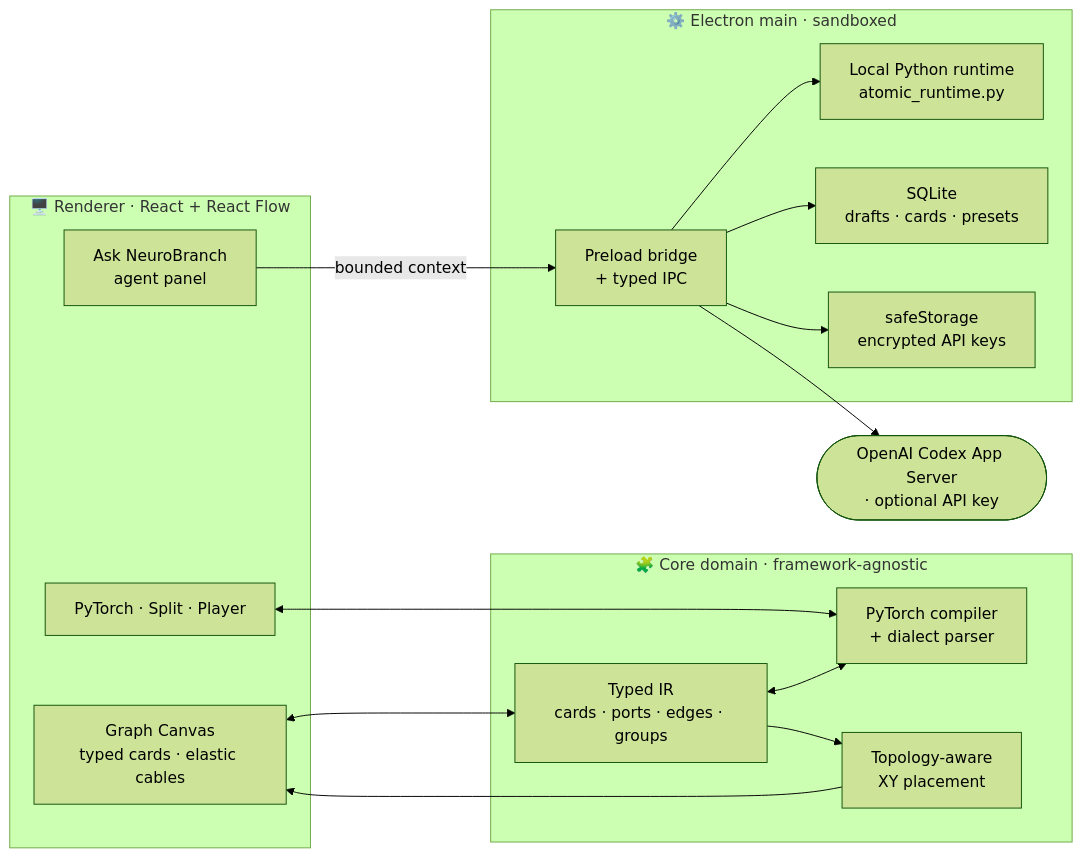
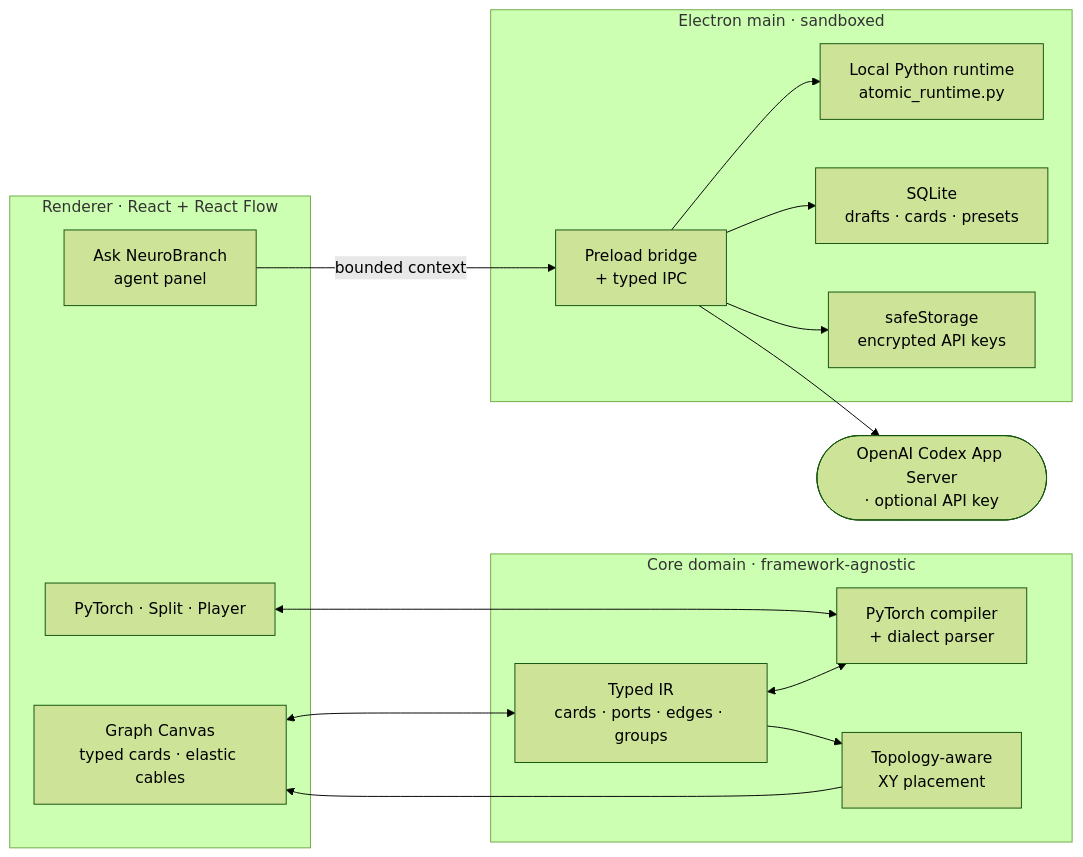
The first of 3 diagrams in README.md (sanjayrohith/NeuroBranch), drawn with Mermaid (forest theme) before and after one commit. The commit also changed other lines of this file and 1 other file, not shown here.

````diff
--- a/README.md
+++ b/README.md
@@ -60,33 +62,33 @@
 ```mermaid
 flowchart LR
-  subgraph UI["🖥️  Renderer · React + React Flow"]
+  subgraph UI["Renderer · React + React Flow"]
     Canvas["Graph Canvas<br/>typed cards · elastic cables"]
     Agent["Ask NeuroBranch<br/>agent panel"]
     Views["PyTorch · Split · Player"]
   end
 
-  subgraph CORE["🧩  Core domain · framework-agnostic"]
+  subgraph CORE["Core domain · framework-agnostic"]
     IR["Typed IR<br/>cards · ports · edges · groups"]
     Compiler["PyTorch compiler<br/>+ dialect parser"]
     Layout["Topology-aware<br/>XY placement"]
   end
 
-  subgraph MAIN["⚙️  Electron main · sandboxed"]
+  subgraph MAIN["Electron main · sandboxed"]
     Bridge["Preload bridge<br/>+ typed IPC"]
     Runtime["Local Python runtime<br/>atomic_runtime.py"]
     Store["SQLite<br/>drafts · cards · presets"]
     Keys["safeStorage<br/>encrypted API keys"]
   end
 
   Codex(["OpenAI Codex App Server<br/>· optional API key"])
 
   Canvas <--> IR
   Views <--> Compiler
   IR <--> Compiler
   IR --> Layout --> Canvas
   Agent -->|bounded context| Bridge
   Bridge --> Codex
   Bridge --> Runtime
   Bridge --> Store
   Bridge --> Keys
 ```
````
